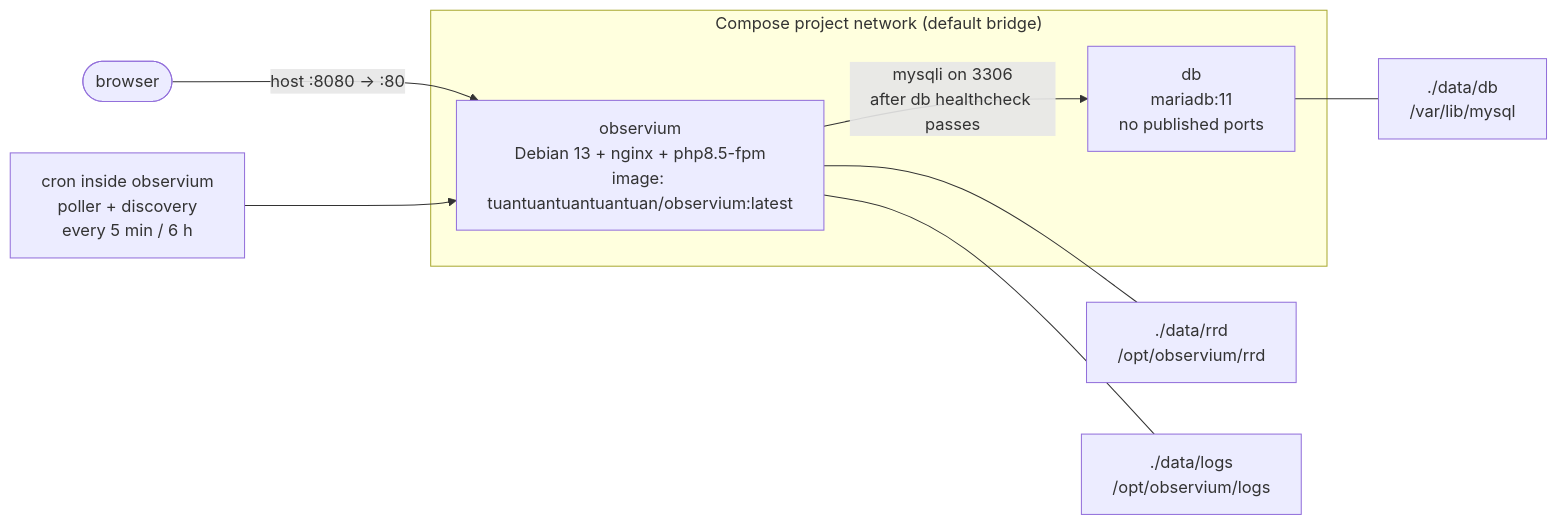
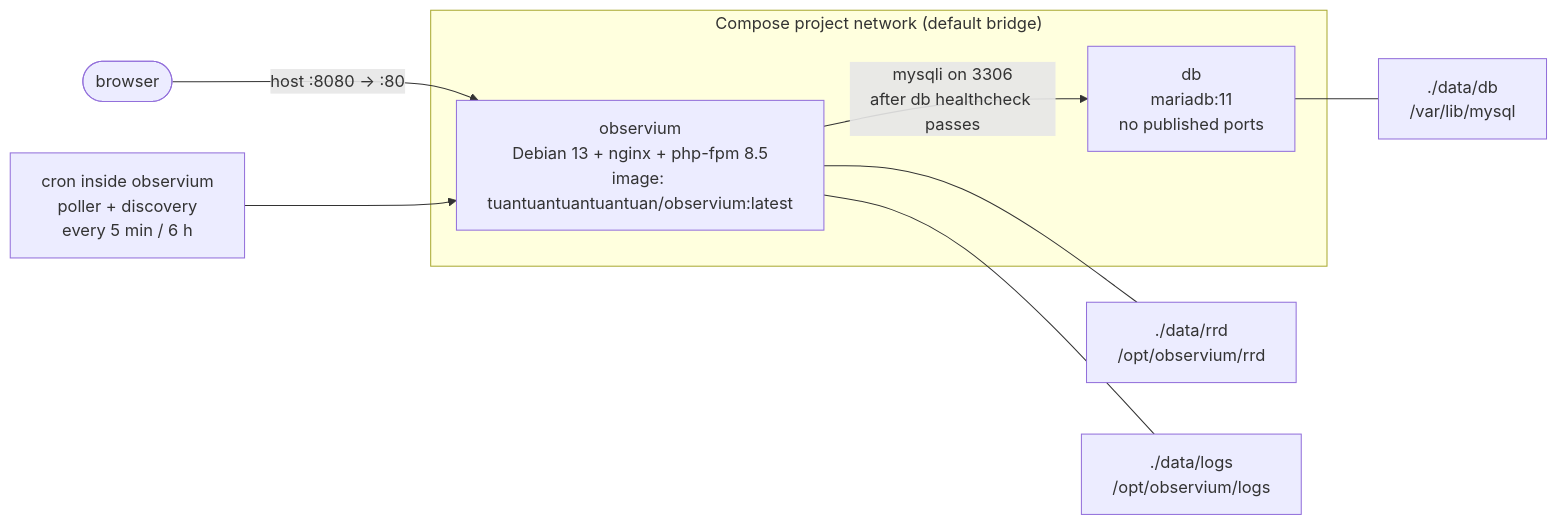
One commit to tdtgit/observium changed the diagram in docs/ARCHITECTURE.md. Above: the diagram before and after it, drawn with Mermaid. The commit also changed other lines of this file and 7 other files, not shown here.

````diff
--- a/docs/ARCHITECTURE.md
+++ b/docs/ARCHITECTURE.md
@@ -20,16 +20,16 @@
 ```mermaid
 flowchart LR
     user([browser]) -->|"host :8080 -> :80"| obs
 
     subgraph net["Compose project network (default bridge)"]
-        obs["observium<br/>Debian 13 + nginx + php8.5-fpm<br/>image: tuantuantuantuantuan/observium:latest"]
+        obs["observium<br/>Debian 13 + nginx + php-fpm 8.5<br/>image: tuantuantuantuantuan/observium:latest"]
         db["db<br/>mariadb:11<br/>no published ports"]
         obs -->|"mysqli on 3306<br/>after db healthcheck passes"| db
     end
 
     obs --- rrd["./data/rrd<br/>/opt/observium/rrd"]
     obs --- logs["./data/logs<br/>/opt/observium/logs"]
     db --- dbdata["./data/db<br/>/var/lib/mysql"]
 
     cron["cron inside observium<br/>poller + discovery<br/>every 5 min / 6 h"] --> obs
 ```
````
